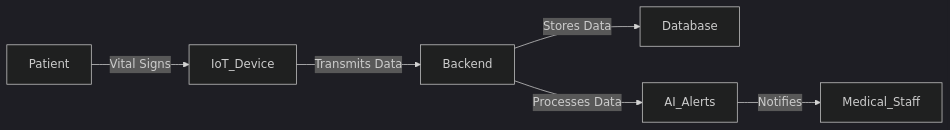
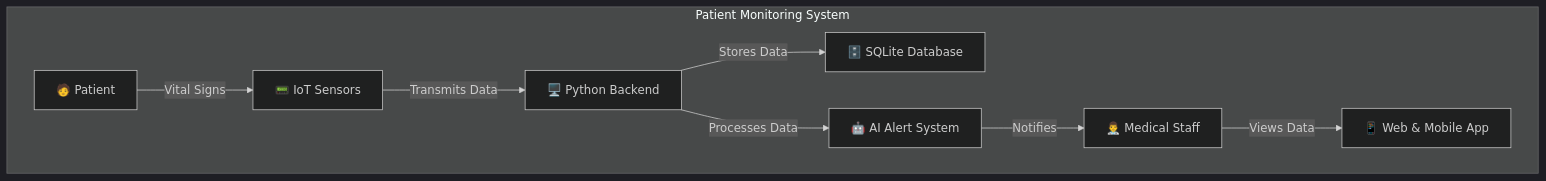
One commit to 219002940/Siyasanga-Mhlekude-03 changed the diagram in ARCHITECTURE.md. Above: the diagram before and after it, drawn with Mermaid (dark theme).

Commit message:
Sixth Commit

````diff
--- a/ARCHITECTURE.md
+++ b/ARCHITECTURE.md
@@ -19,8 +19,11 @@
 ```mermaid
-graph LR
-    Patient -->|Vital Signs| IoT_Device
-    IoT_Device -->|Transmits Data| Backend
-    Backend -->|Stores Data| Database
-    Backend -->|Processes Data| AI_Alerts
-    AI_Alerts -->|Notifies| Medical_Staff
+graph TD
+    subgraph "Patient Monitoring System"
+        Patient["🧑 Patient"] -->|Vital Signs| IoT_Device["📟 IoT Sensors"]
+        IoT_Device -->|Transmits Data| Backend["🖥️ Python Backend"]
+        Backend -->|Stores Data| Database["🗄️ SQLite Database"]
+        Backend -->|Processes Data| AI_Alerts["🤖 AI Alert System"]
+        AI_Alerts -->|Notifies| Medical_Staff["👨‍⚕️ Medical Staff"]
+        Medical_Staff -->|Views Data| Web_App["📱 Web & Mobile App"]
+    end
 ```
````
